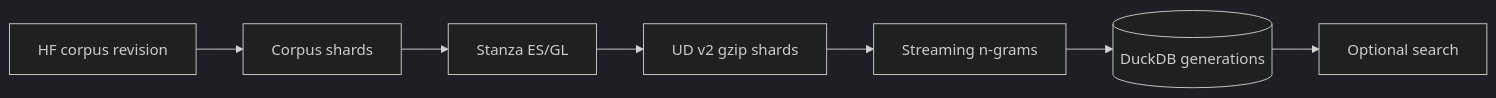
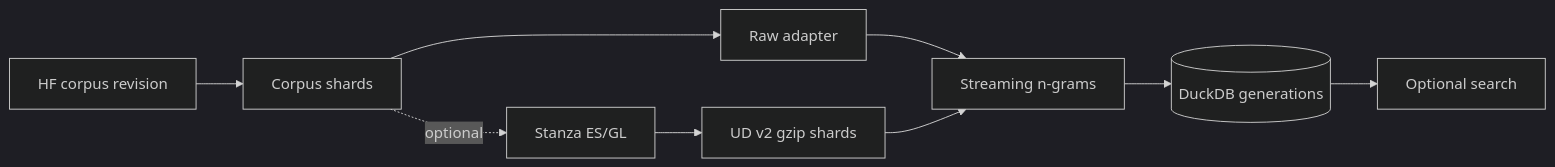
One commit to CristoJV/semordnilap changed the diagram in README.md. Above: the diagram before and after it, drawn with Mermaid (dark theme). The commit also changed other lines of this file and 22 other files, not shown here.

````diff
--- a/README.md
+++ b/README.md
@@ -6,9 +6,11 @@
 ```mermaid
 flowchart LR
     H[HF corpus revision] --> C[Corpus shards]
-    C --> T[Stanza ES/GL]
+    C --> R[Raw adapter]
+    C -. optional .-> T[Stanza ES/GL]
     T --> U[UD v2 gzip shards]
-    U --> N[Streaming n-grams]
+    R --> N[Streaming n-grams]
+    U --> N
     N --> D[(DuckDB generations)]
     D --> S[Optional search]
 ```
````
